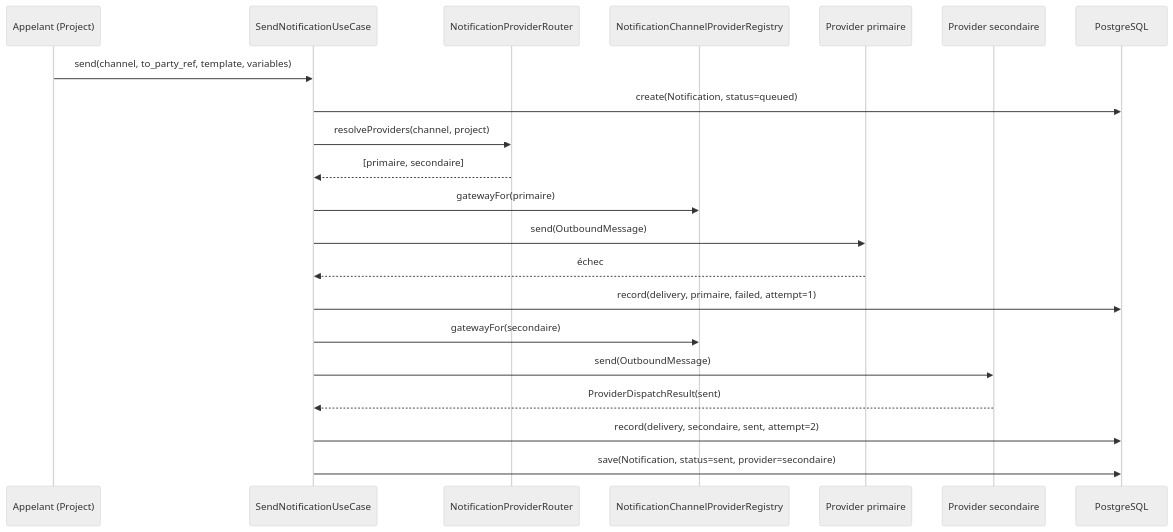
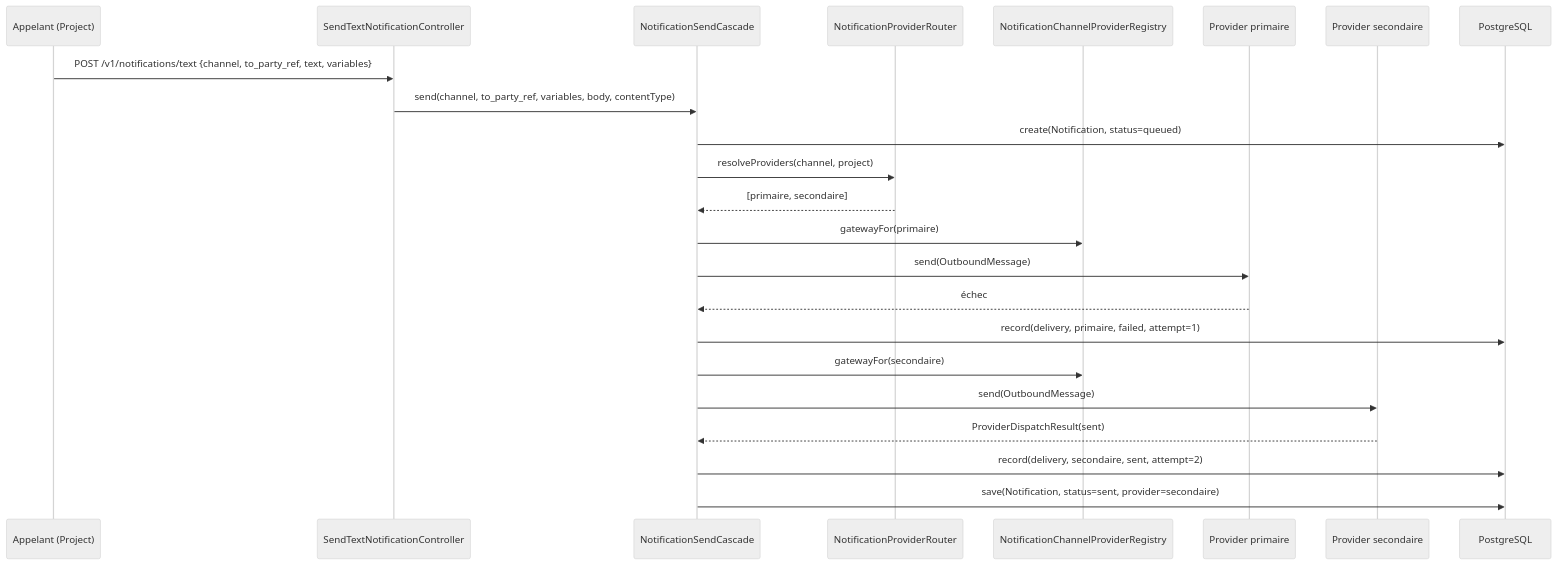
One commit to wilfreidlando/vcam-core-system changed the tenth of 10 diagrams in docs/architecture/vue-ensemble.md. Above: the diagram before and after it, drawn with Mermaid (neutral theme). The commit also changed other lines of this file and 83 other files, not shown here.

````diff
--- a/docs/architecture/vue-ensemble.md
+++ b/docs/architecture/vue-ensemble.md
@@ -506,24 +507,26 @@
 ```mermaid
 sequenceDiagram
     participant C as Appelant (Project)
-    participant UC as SendNotificationUseCase
+    participant Ctrl as SendTextNotificationController
+    participant UC as NotificationSendCascade
     participant R as NotificationProviderRouter
     participant Reg as NotificationChannelProviderRegistry
     participant P1 as Provider primaire
     participant P2 as Provider secondaire
     participant DB as PostgreSQL
 
-    C->>UC: send(channel, to_party_ref, template, variables)
+    C->>Ctrl: POST /v1/notifications/text {channel, to_party_ref, text, variables}
+    Ctrl->>UC: send(channel, to_party_ref, variables, body, contentType)
     UC->>DB: create(Notification, status=queued)
     UC->>R: resolveProviders(channel, project)
     R-->>UC: [primaire, secondaire]
     UC->>Reg: gatewayFor(primaire)
     UC->>P1: send(OutboundMessage)
     P1-->>UC: échec
     UC->>DB: record(delivery, primaire, failed, attempt=1)
     UC->>Reg: gatewayFor(secondaire)
     UC->>P2: send(OutboundMessage)
     P2-->>UC: ProviderDispatchResult(sent)
     UC->>DB: record(delivery, secondaire, sent, attempt=2)
     UC->>DB: save(Notification, status=sent, provider=secondaire)
 ```
````
